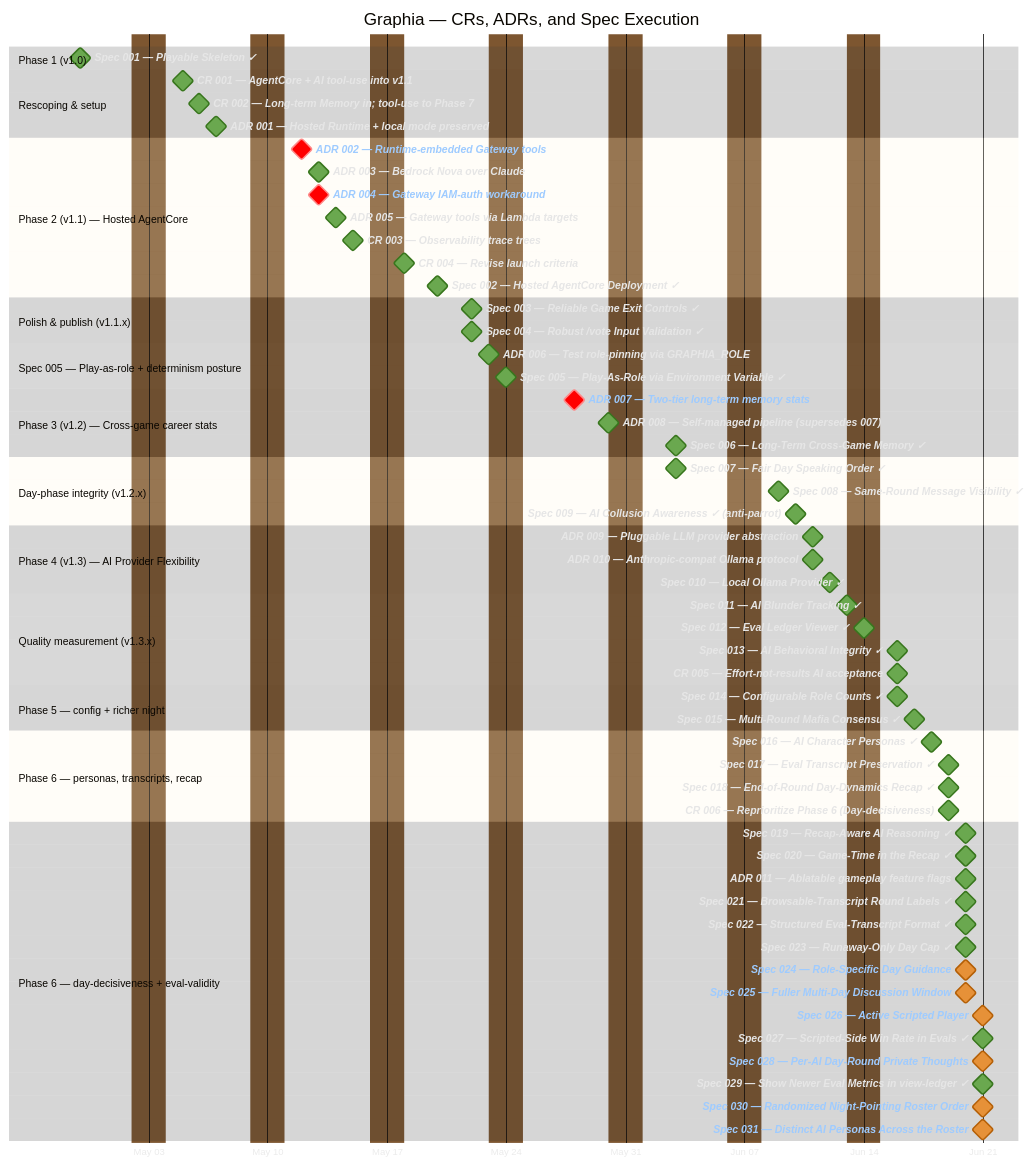
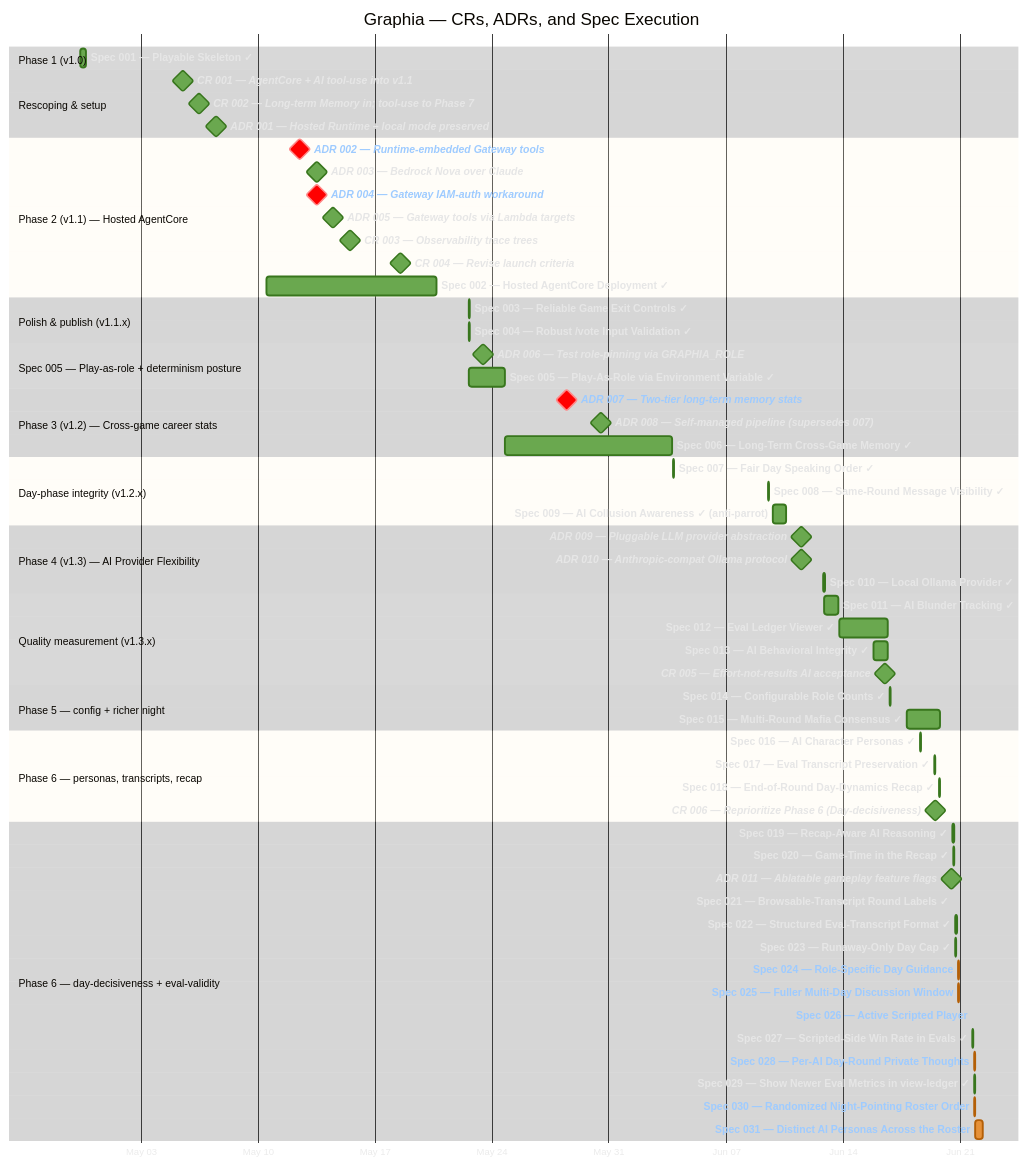
The diagram in context/project-timeline.md (tigra/graphia), drawn with Mermaid before and after one commit. The commit also changed other lines of this file, not shown here.

Commit message:
timeline: render specs as activity bars (start->finish, time-of-day); ADRs/CRs stay milestones
Specs lost their span when flattened to milestones — restore each as an activity bar from author-start to verified/last commit, with HH:mm precision (so same-day specs still show a span). dateFormat gains HH:mm; drop 'excludes weekends' (the project worked weekends, esp. the 06-20/21 stretch). ADRs and CRs remain point milestones. Legend updated; click-links and all 48 ids preserved.

```diff
--- a/context/project-timeline.md
+++ b/context/project-timeline.md
@@ -19,81 +19,80 @@
 %%{init: {'theme': 'base', 'themeVariables': {'background': '#2d2d2d', 'textColor': '#e6e6e6', 'sectionBkgColor': '#3c3c3c', 'altSectionBkgColor': '#333333', 'gridColor': '#555555', 'doneTaskBkgColor': '#6aa84f', 'doneTaskBorderColor': '#38761d', 'activeTaskBkgColor': '#e69138', 'activeTaskBorderColor': '#b45f06', 'excludeBkgColor': '#7d5630', 'taskTextColor': '#e6e6e6', 'taskTextLightColor': '#ffffff', 'taskTextDarkColor': '#ffffff', 'taskTextClickableColor': '#9ecbff', 'taskTextOutsideColor': '#e6e6e6'}}}%%
 gantt
     title Graphia — CRs, ADRs, and Spec Execution
-    dateFormat YYYY-MM-DD
+    dateFormat YYYY-MM-DD HH:mm
     axisFormat %b %d
-    excludes weekends
 
     section Phase 1 (v1.0)
-    Spec 001 — Playable Skeleton ✓                       :milestone, done, sp1, 2026-04-29, 0d
+    Spec 001 — Playable Skeleton ✓                       :done, sp1, 2026-04-29 09:00, 2026-04-29 17:00
 
     section Rescoping & setup
-    CR 001 — AgentCore + AI tool-use into v1.1           :milestone, done, m1, 2026-05-05, 0d
-    CR 002 — Long-term Memory in; tool-use to Phase 7    :milestone, done, m2, 2026-05-06, 0d
-    ADR 001 — Hosted Runtime + local mode preserved      :milestone, done, a1, 2026-05-07, 0d
+    CR 001 — AgentCore + AI tool-use into v1.1           :milestone, done, m1, 2026-05-05 12:00, 0d
+    CR 002 — Long-term Memory in; tool-use to Phase 7    :milestone, done, m2, 2026-05-06 12:00, 0d
+    ADR 001 — Hosted Runtime + local mode preserved      :milestone, done, a1, 2026-05-07 12:00, 0d
 
     section Phase 2 (v1.1) — Hosted AgentCore
-    ADR 002 — Runtime-embedded Gateway tools             :milestone, crit, a2, 2026-05-12, 0d
-    ADR 003 — Bedrock Nova over Claude                   :milestone, done, a3, 2026-05-13, 0d
-    ADR 004 — Gateway IAM-auth workaround                :milestone, crit, a4, 2026-05-13, 0d
-    ADR 005 — Gateway tools via Lambda targets           :milestone, done, a5, 2026-05-14, 0d
-    CR 003 — Observability trace trees                   :milestone, done, c3, 2026-05-15, 0d
-    CR 004 — Revise launch criteria                      :milestone, done, c4, 2026-05-18, 0d
-    Spec 002 — Hosted AgentCore Deployment ✓             :milestone, done, sp2, 2026-05-20, 0d
+    ADR 002 — Runtime-embedded Gateway tools             :milestone, crit, a2, 2026-05-12 12:00, 0d
+    ADR 003 — Bedrock Nova over Claude                   :milestone, done, a3, 2026-05-13 12:00, 0d
+    ADR 004 — Gateway IAM-auth workaround                :milestone, crit, a4, 2026-05-13 12:00, 0d
+    ADR 005 — Gateway tools via Lambda targets           :milestone, done, a5, 2026-05-14 12:00, 0d
+    CR 003 — Observability trace trees                   :milestone, done, c3, 2026-05-15 12:00, 0d
+    CR 004 — Revise launch criteria                      :milestone, done, c4, 2026-05-18 12:00, 0d
+    Spec 002 — Hosted AgentCore Deployment ✓             :done, sp2, 2026-05-10 12:59, 2026-05-20 16:25
 
     section Polish & publish (v1.1.x)
-    Spec 003 — Reliable Game Exit Controls ✓             :milestone, done, sp3, 2026-05-22, 0d
-    Spec 004 — Robust /vote Input Validation ✓           :milestone, done, sp4, 2026-05-22, 0d
+    Spec 003 — Reliable Game Exit Controls ✓             :done, sp3, 2026-05-22 14:15, 2026-05-22 16:15
+    Spec 004 — Robust /vote Input Validation ✓           :done, sp4, 2026-05-22 14:16, 2026-05-22 16:16
 
     section Spec 005 — Play-as-role + determinism posture
-    ADR 006 — Test role-pinning via GRAPHIA_ROLE         :milestone, done, a6, 2026-05-23, 0d
-    Spec 005 — Play-As-Role via Environment Variable ✓   :milestone, done, sp5, 2026-05-24, 0d
+    ADR 006 — Test role-pinning via GRAPHIA_ROLE         :milestone, done, a6, 2026-05-23 12:00, 0d
+    Spec 005 — Play-As-Role via Environment Variable ✓   :done, sp5, 2026-05-22 14:16, 2026-05-24 19:13
 
     section Phase 3 (v1.2) — Cross-game career stats
-    ADR 007 — Two-tier long-term memory stats            :milestone, crit, a7, 2026-05-28, 0d
-    ADR 008 — Self-managed pipeline (supersedes 007)     :milestone, done, a8, 2026-05-30, 0d
-    Spec 006 — Long-Term Cross-Game Memory ✓             :milestone, done, sp6, 2026-06-03, 0d
+    ADR 007 — Two-tier long-term memory stats            :milestone, crit, a7, 2026-05-28 12:00, 0d
+    ADR 008 — Self-managed pipeline (supersedes 007)     :milestone, done, a8, 2026-05-30 12:00, 0d
+    Spec 006 — Long-Term Cross-Game Memory ✓             :done, sp6, 2026-05-24 19:02, 2026-06-03 18:21
 
     section Day-phase integrity (v1.2.x)
-    Spec 007 — Fair Day Speaking Order ✓                 :milestone, done, sp7, 2026-06-03, 0d
-    Spec 008 — Same-Round Message Visibility ✓           :milestone, done, sp8, 2026-06-09, 0d
-    Spec 009 — AI Collusion Awareness ✓ (anti-parrot)    :milestone, done, sp9, 2026-06-10, 0d
+    Spec 007 — Fair Day Speaking Order ✓                 :done, sp7, 2026-06-03 20:00, 2026-06-03 22:00
+    Spec 008 — Same-Round Message Visibility ✓           :done, sp8, 2026-06-09 11:54, 2026-06-09 13:54
+    Spec 009 — AI Collusion Awareness ✓ (anti-parrot)    :done, sp9, 2026-06-09 19:53, 2026-06-10 14:32
 
     section Phase 4 (v1.3) — AI Provider Flexibility
-    ADR 009 — Pluggable LLM provider abstraction         :milestone, done, a9, 2026-06-11, 0d
-    ADR 010 — Anthropic-compat Ollama protocol           :milestone, done, a10, 2026-06-11, 0d
-    Spec 010 — Local Ollama Provider ✓                   :milestone, done, sp10, 2026-06-12, 0d
+    ADR 009 — Pluggable LLM provider abstraction         :milestone, done, a9, 2026-06-11 12:00, 0d
+    ADR 010 — Anthropic-compat Ollama protocol           :milestone, done, a10, 2026-06-11 12:00, 0d
+    Spec 010 — Local Ollama Provider ✓                   :done, sp10, 2026-06-12 19:59, 2026-06-12 21:59
 
     section Quality measurement (v1.3.x)
-    Spec 011 — AI Blunder Tracking ✓                     :milestone, done, sp11, 2026-06-13, 0d
-    Spec 012 — Eval Ledger Viewer ✓                      :milestone, done, sp12, 2026-06-14, 0d
-    Spec 013 — AI Behavioral Integrity ✓                 :milestone, done, sp13, 2026-06-16, 0d
-    CR 005 — Effort-not-results AI acceptance            :milestone, done, cr5, 2026-06-16, 0d
+    Spec 011 — AI Blunder Tracking ✓                     :done, sp11, 2026-06-12 20:22, 2026-06-13 17:18
+    Spec 012 — Eval Ledger Viewer ✓                      :done, sp12, 2026-06-13 18:30, 2026-06-16 16:25
+    Spec 013 — AI Behavioral Integrity ✓                 :done, sp13, 2026-06-15 19:36, 2026-06-16 16:25
+    CR 005 — Effort-not-results AI acceptance            :milestone, done, cr5, 2026-06-16 12:00, 0d
 
     section Phase 5 — config + richer night
-    Spec 014 — Configurable Role Counts ✓                :milestone, done, sp14, 2026-06-16, 0d
-    Spec 015 — Multi-Round Mafia Consensus ✓             :milestone, done, sp15, 2026-06-17, 0d
+    Spec 014 — Configurable Role Counts ✓                :done, sp14, 2026-06-16 19:47, 2026-06-16 20:02
+    Spec 015 — Multi-Round Mafia Consensus ✓             :done, sp15, 2026-06-17 20:02, 2026-06-19 19:38
 
     section Phase 6 — personas, transcripts, recap
-    Spec 016 — AI Character Personas ✓                   :milestone, done, sp16, 2026-06-18, 0d
-    Spec 017 — Eval Transcript Preservation ✓            :milestone, done, sp17, 2026-06-19, 0d
-    Spec 018 — End-of-Round Day-Dynamics Recap ✓         :milestone, done, sp18, 2026-06-19, 0d
-    CR 006 — Reprioritize Phase 6 (Day-decisiveness)     :milestone, done, cr6, 2026-06-19, 0d
+    Spec 016 — AI Character Personas ✓                   :done, sp16, 2026-06-18 14:31, 2026-06-18 16:31
+    Spec 017 — Eval Transcript Preservation ✓            :done, sp17, 2026-06-19 10:56, 2026-06-19 11:58
+    Spec 018 — End-of-Round Day-Dynamics Recap ✓         :done, sp18, 2026-06-19 18:32, 2026-06-19 19:10
+    CR 006 — Reprioritize Phase 6 (Day-decisiveness)     :milestone, done, cr6, 2026-06-19 12:00, 0d
 
     section Phase 6 — day-decisiveness + eval-validity
-    Spec 019 — Recap-Aware AI Reasoning ✓                :milestone, done, sp19, 2026-06-20, 0d
-    Spec 020 — Game-Time in the Recap ✓                  :milestone, done, sp20, 2026-06-20, 0d
-    ADR 011 — Ablatable gameplay feature flags           :milestone, done, a11, 2026-06-20, 0d
-    Spec 021 — Browsable-Transcript Round Labels ✓       :milestone, done, sp21, 2026-06-20, 0d
-    Spec 022 — Structured Eval-Transcript Format ✓       :milestone, done, sp22, 2026-06-20, 0d
-    Spec 023 — Runaway-Only Day Cap ✓                    :milestone, done, sp23, 2026-06-20, 0d
-    Spec 024 — Role-Specific Day Guidance                :milestone, active, sp24, 2026-06-20, 0d
-    Spec 025 — Fuller Multi-Day Discussion Window        :milestone, active, sp25, 2026-06-20, 0d
-    Spec 026 — Active Scripted Player                    :milestone, active, sp26, 2026-06-21, 0d
-    Spec 027 — Scripted-Side Win Rate in Evals ✓         :milestone, done, sp27, 2026-06-21, 0d
-    Spec 028 — Per-AI Day-Round Private Thoughts         :milestone, active, sp28, 2026-06-21, 0d
-    Spec 029 — Show Newer Eval Metrics in view-ledger ✓  :milestone, done, sp29, 2026-06-21, 0d
-    Spec 030 — Randomized Night-Pointing Roster Order    :milestone, active, sp30, 2026-06-21, 0d
-    Spec 031 — Distinct AI Personas Across the Roster    :milestone, active, sp31, 2026-06-21, 0d
+    Spec 019 — Recap-Aware AI Reasoning ✓                :done, sp19, 2026-06-20 13:51, 2026-06-20 15:20
+    Spec 020 — Game-Time in the Recap ✓                  :done, sp20, 2026-06-20 13:56, 2026-06-20 15:56
+    ADR 011 — Ablatable gameplay feature flags           :milestone, done, a11, 2026-06-20 12:00, 0d
+    Spec 021 — Browsable-Transcript Round Labels ✓       :done, sp21, 2026-06-20 14:12, 2026-06-20 14:19
+    Spec 022 — Structured Eval-Transcript Format ✓       :done, sp22, 2026-06-20 17:41, 2026-06-20 19:26
+    Spec 023 — Runaway-Only Day Cap ✓                    :done, sp23, 2026-06-20 17:50, 2026-06-20 19:13
+    Spec 024 — Role-Specific Day Guidance                :active, sp24, 2026-06-20 21:00, 2026-06-20 23:00
+    Spec 025 — Fuller Multi-Day Discussion Window        :active, sp25, 2026-06-20 21:05, 2026-06-20 23:05
+    Spec 026 — Active Scripted Player                    :active, sp26, 2026-06-21 17:27, 2026-06-21 17:59
+    Spec 027 — Scripted-Side Win Rate in Evals ✓         :done, sp27, 2026-06-21 17:41, 2026-06-21 19:41
+    Spec 028 — Per-AI Day-Round Private Thoughts         :active, sp28, 2026-06-21 20:27, 2026-06-21 22:27
+    Spec 029 — Show Newer Eval Metrics in view-ledger ✓  :done, sp29, 2026-06-21 20:05, 2026-06-21 22:05
+    Spec 030 — Randomized Night-Pointing Roster Order    :active, sp30, 2026-06-21 20:13, 2026-06-21 22:13
+    Spec 031 — Distinct AI Personas Across the Roster    :active, sp31, 2026-06-21 21:18, 2026-06-22 08:50
 
     click sp1 href "https://github.com/tigra/graphia/tree/main/context/spec/001-playable-skeleton"
     click m1 href "https://github.com/tigra/graphia/blob/main/context/change-requests/001-agentcore-and-tools-in-scope.md"
```
